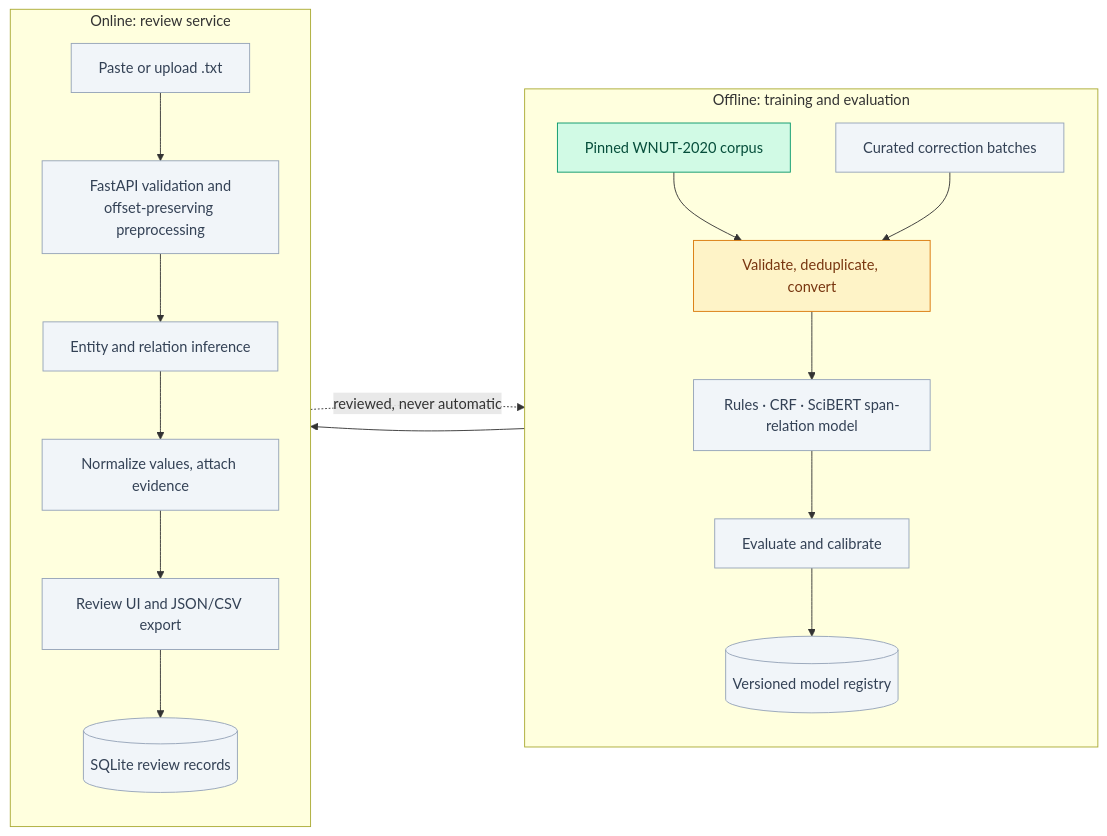
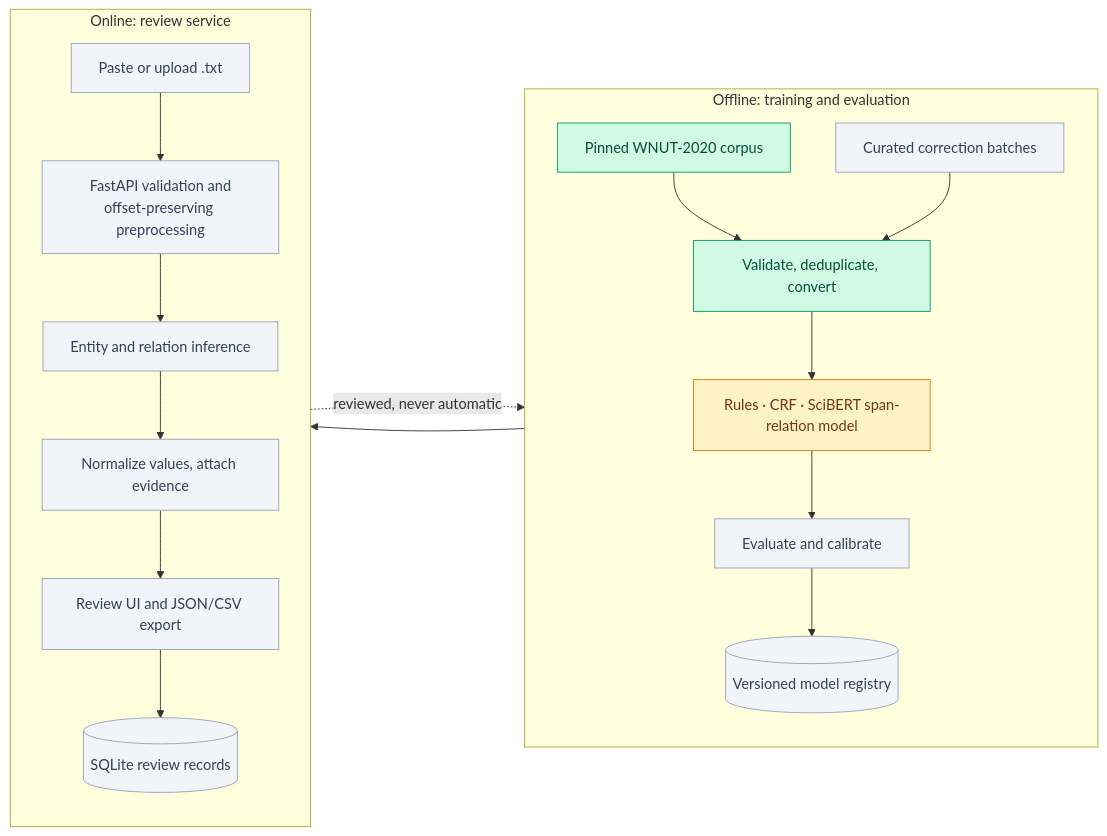
Before and after one commit to professor3333/ProtocolLedger: the diagram in README.md, drawn with Mermaid. The commit also changed other lines of this file and 9 other files, not shown here.

````diff
--- a/README.md
+++ b/README.md
@@ -49,28 +49,28 @@
 ```mermaid
 flowchart LR
   subgraph OFF["Offline: training and evaluation"]
     direction TB
     A["Pinned WNUT-2020 corpus"] --> B["Validate, deduplicate, convert"]
     R["Curated correction batches"] --> B
     B --> C["Rules · CRF · SciBERT span-relation model"]
     C --> D["Evaluate and calibrate"]
     D --> E[("Versioned model registry")]
   end
   subgraph ON["Online: review service"]
     direction TB
     F["Paste or upload .txt"] --> G["FastAPI validation and<br/>offset-preserving preprocessing"]
     G --> H["Entity and relation inference"]
     H --> I["Normalize values, attach evidence"]
     I --> J["Review UI and JSON/CSV export"]
     J --> K[("SQLite review records")]
   end
   E --> H
   K -. "reviewed, never automatic" .-> R
 
   classDef done fill:#d1fae5,stroke:#059669,color:#064e3b
   classDef wip fill:#fef3c7,stroke:#d97706,color:#78350f
   classDef planned fill:#f1f5f9,stroke:#94a3b8,color:#334155
-  class A done
-  class B wip
-  class R,C,D,E,F,G,H,I,J,K planned
+  class A,B done
+  class C wip
+  class R,D,E,F,G,H,I,J,K planned
 ```
````
